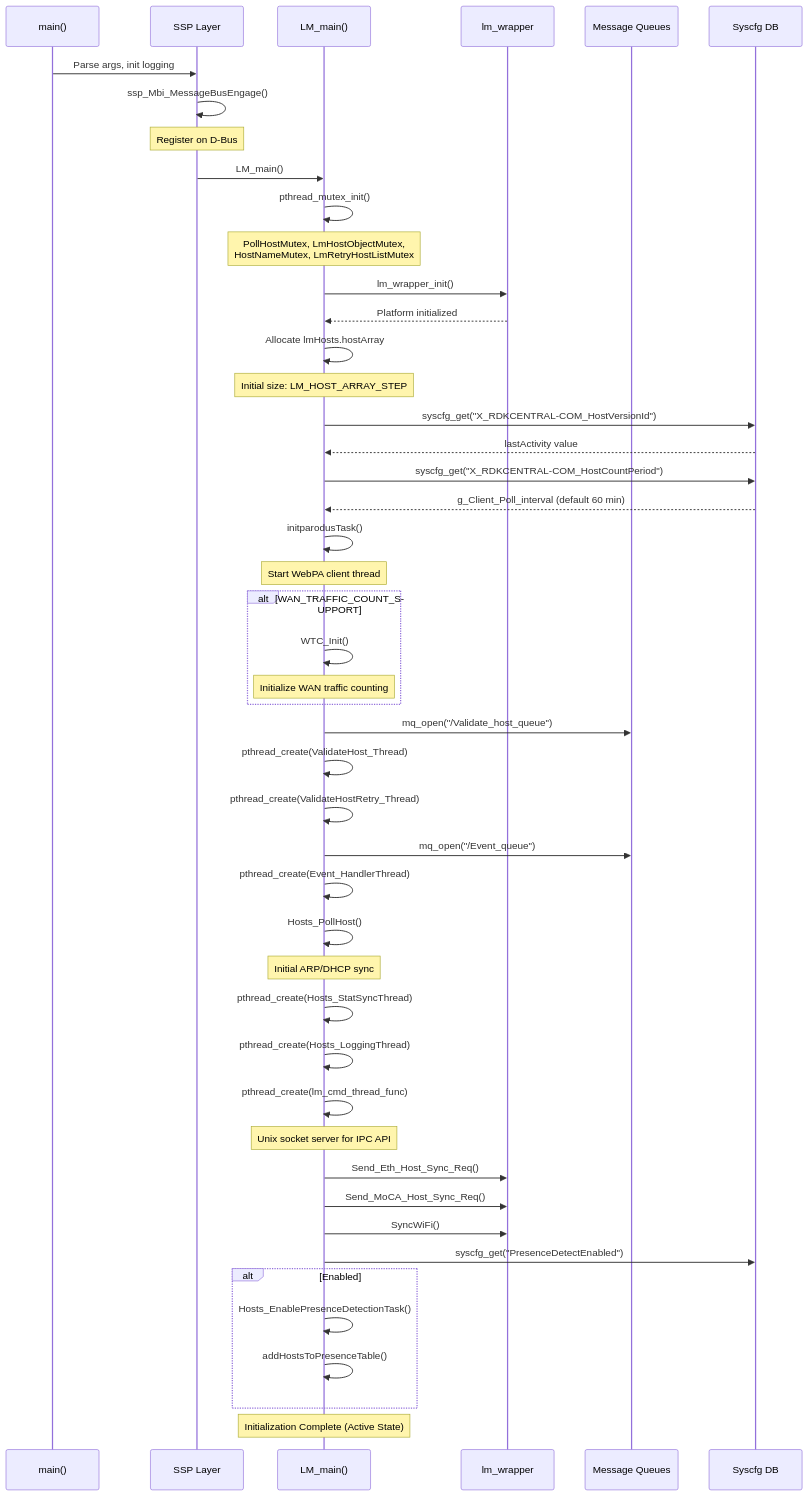
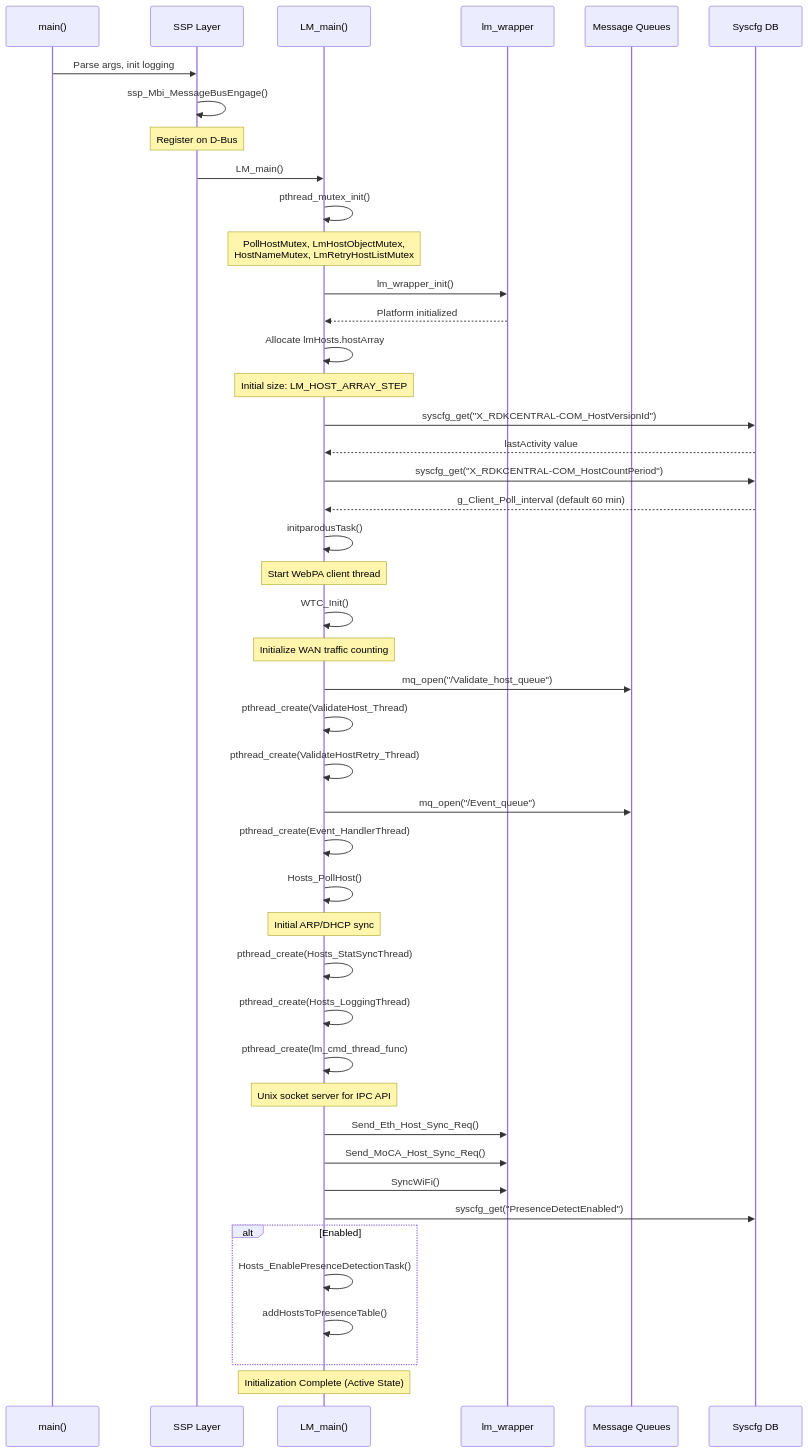
One commit to rns21/RDK_Documentation changed the second of 6 diagrams in docs/docu/chunked/lanmanager/Design.md. Above: the diagram before and after it, drawn with Mermaid. The commit also changed other lines of this file and 9 other files, not shown here.

````diff
--- a/docs/docu/chunked/lanmanager/Design.md
+++ b/docs/docu/chunked/lanmanager/Design.md
@@ -192,65 +192,63 @@
 ```mermaid
 sequenceDiagram
     participant Main as main()
     participant SSP as SSP Layer
     participant LM as LM_main()
     participant Wrapper as lm_wrapper
     participant MQ as Message Queues
     participant Syscfg as Syscfg DB
 
     Main->>SSP: Parse args, init logging
     SSP->>SSP: ssp_Mbi_MessageBusEngage()
     Note over SSP: Register on D-Bus
     
     SSP->>LM: LM_main()
     
     LM->>LM: pthread_mutex_init()
     Note over LM: PollHostMutex, LmHostObjectMutex,<br/>HostNameMutex, LmRetryHostListMutex
     
     LM->>Wrapper: lm_wrapper_init()
     Wrapper-->>LM: Platform initialized
     
     LM->>LM: Allocate lmHosts.hostArray
     Note over LM: Initial size: LM_HOST_ARRAY_STEP
     
     LM->>Syscfg: syscfg_get("X_RDKCENTRAL-COM_HostVersionId")
     Syscfg-->>LM: lastActivity value
     
     LM->>Syscfg: syscfg_get("X_RDKCENTRAL-COM_HostCountPeriod")
     Syscfg-->>LM: g_Client_Poll_interval (default 60 min)
     
     LM->>LM: initparodusTask()
     Note over LM: Start WebPA client thread
     
-    alt WAN_TRAFFIC_COUNT_SUPPORT
-        LM->>LM: WTC_Init()
-        Note over LM: Initialize WAN traffic counting
-    end
+    LM->>LM: WTC_Init()
+    Note over LM: Initialize WAN traffic counting
     
     LM->>MQ: mq_open("/Validate_host_queue")
     LM->>LM: pthread_create(ValidateHost_Thread)
     LM->>LM: pthread_create(ValidateHostRetry_Thread)
     
     LM->>MQ: mq_open("/Event_queue")
     LM->>LM: pthread_create(Event_HandlerThread)
     
     LM->>LM: Hosts_PollHost()
     Note over LM: Initial ARP/DHCP sync
     
     LM->>LM: pthread_create(Hosts_StatSyncThread)
     LM->>LM: pthread_create(Hosts_LoggingThread)
     LM->>LM: pthread_create(lm_cmd_thread_func)
     Note over LM: Unix socket server for IPC API
     
     LM->>Wrapper: Send_Eth_Host_Sync_Req()
     LM->>Wrapper: Send_MoCA_Host_Sync_Req()
     LM->>Wrapper: SyncWiFi()
     
     LM->>Syscfg: syscfg_get("PresenceDetectEnabled")
     alt Enabled
         LM->>LM: Hosts_EnablePresenceDetectionTask()
         LM->>LM: addHostsToPresenceTable()
     end
     
     Note over LM: Initialization Complete (Active State)
 ```
````
